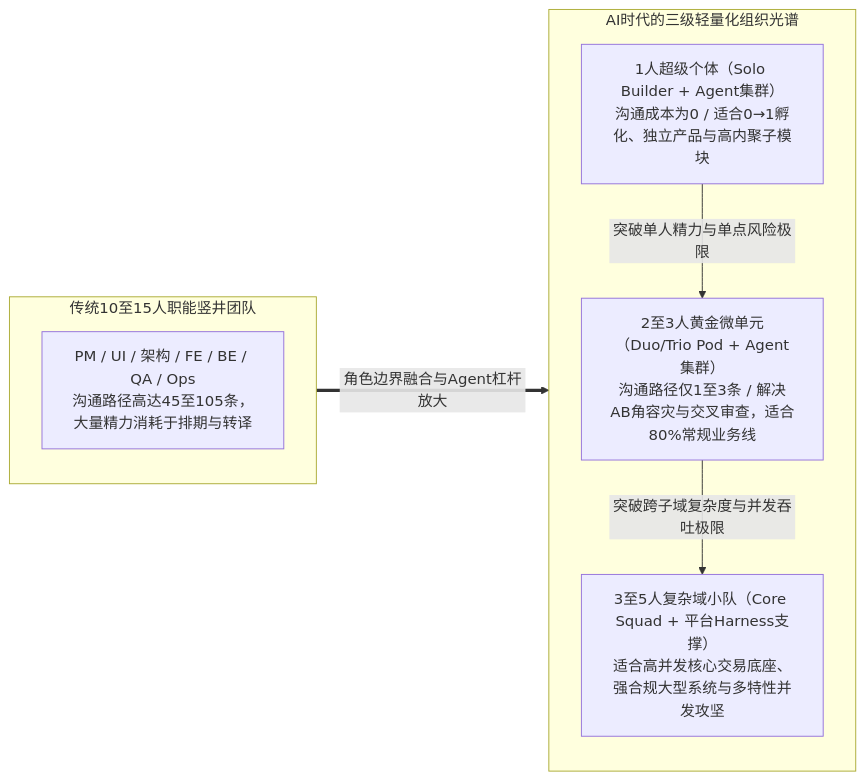
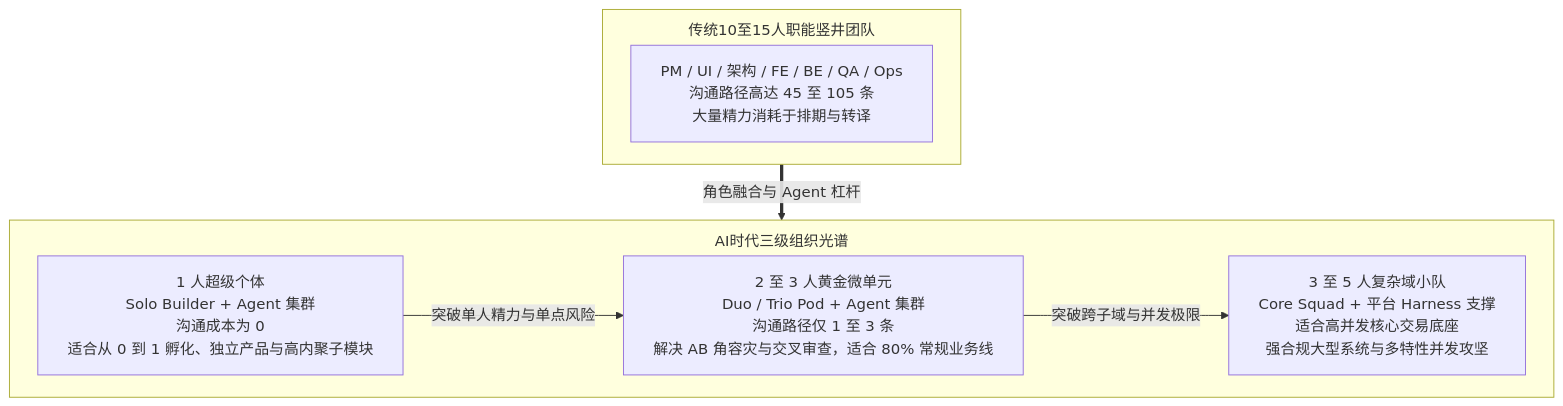
Before and after one commit to gqcn/johns-blog: the third of 5 diagrams in docs/docs/1000-AI技术/200-应用开发/400-工程管理与实践/10000-AI时代的软件工程管理：角色重构、生命周期演进与治理新范式.md, drawn with Mermaid. The commit also changed other lines of this file and 1 other file, not shown here.

Commit message:
feat: enhance markdown formatting guidelines for mermaid diagrams and content clarity

````diff
--- a/docs/docs/1000-AI技术/200-应用开发/400-工程管理与实践/10000-AI时代的软件工程管理：角色重构、生命周期演进与治理新范式.md
+++ b/docs/docs/1000-AI技术/200-应用开发/400-工程管理与实践/10000-AI时代的软件工程管理：角色重构、生命周期演进与治理新范式.md
@@ -312,16 +314,15 @@
 ```mermaid
-flowchart LR
+%%{init: {"flowchart": {"wrappingWidth": 560, "nodeSpacing": 28, "rankSpacing": 36, "padding": 16, "subGraphTitleMargin": {"top": 10.5, "bottom": 4}}}}%%
+flowchart TD
     subgraph legacy_team ["传统10至15人职能竖井团队"]
-        direction TB
-        O1["PM / UI / 架构 / FE / BE / QA / Ops<br/>沟通路径高达45至105条，大量精力消耗于排期与转译"]
+        O1["PM / UI / 架构 / FE / BE / QA / Ops<br/>沟通路径高达 45 至 105 条<br/>大量精力消耗于排期与转译"]
     end
-    subgraph ai_org ["AI时代的三级轻量化组织光谱"]
-        direction TB
-        S1["1人超级个体（Solo Builder + Agent集群）<br/>沟通成本为0 / 适合0→1孵化、独立产品与高内聚子模块"]
-        S2["2至3人黄金微单元（Duo/Trio Pod + Agent集群）<br/>沟通路径仅1至3条 / 解决AB角容灾与交叉审查，适合80%常规业务线"]
-        S3["3至5人复杂域小队（Core Squad + 平台Harness支撑）<br/>适合高并发核心交易底座、强合规大型系统与多特性并发攻坚"]
-        S1 -->|突破单人精力与单点风险极限| S2
-        S2 -->|突破跨子域复杂度与并发吞吐极限| S3
+    subgraph ai_org ["AI时代三级组织光谱"]
+        S1["1 人超级个体<br/>Solo Builder + Agent 集群<br/>沟通成本为 0<br/>适合从 0 到 1 孵化、独立产品与高内聚子模块"]
+        S2["2 至 3 人黄金微单元<br/>Duo / Trio Pod + Agent 集群<br/>沟通路径仅 1 至 3 条<br/>解决 AB 角容灾与交叉审查，适合 80% 常规业务线"]
+        S3["3 至 5 人复杂域小队<br/>Core Squad + 平台 Harness 支撑<br/>适合高并发核心交易底座<br/>强合规大型系统与多特性并发攻坚"]
+        S1 -->|突破单人精力与单点风险| S2
+        S2 -->|突破跨子域与并发极限| S3
     end
-    legacy_team ==>|角色边界融合与Agent杠杆放大| ai_org
+    legacy_team ==>|角色融合与 Agent 杠杆| ai_org
 ```
````
